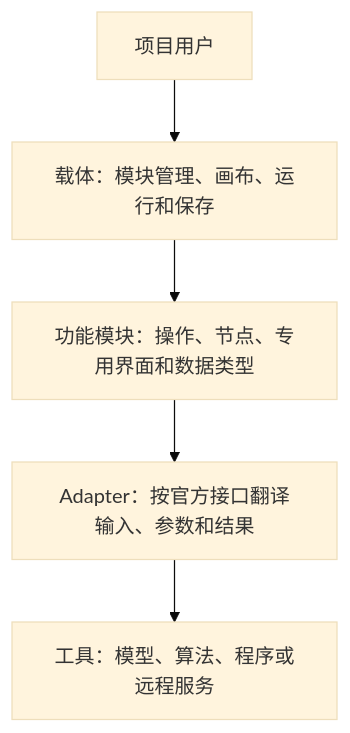
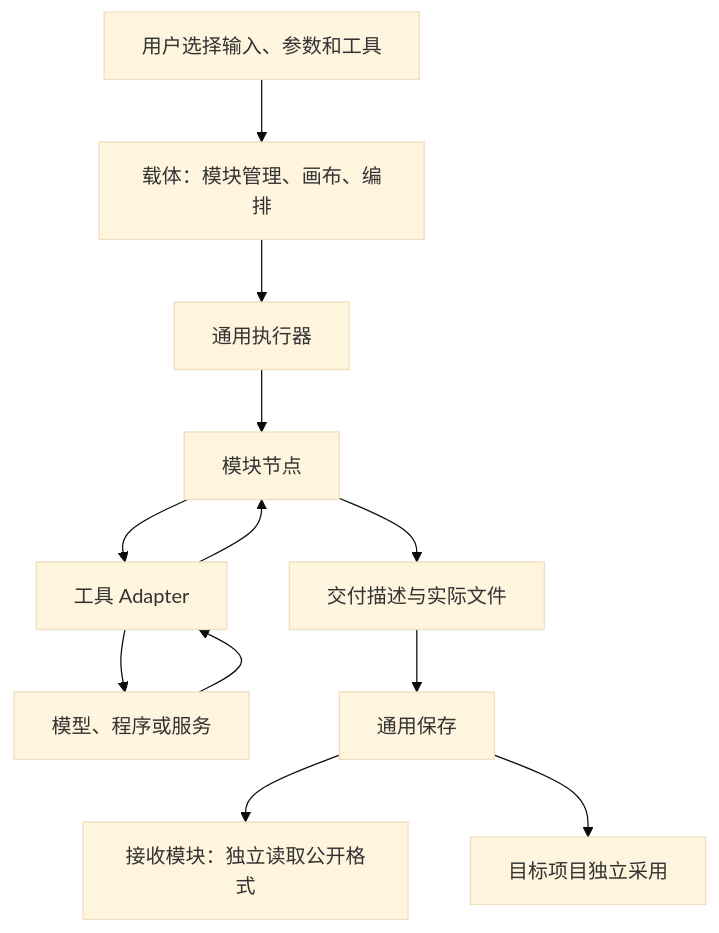
One commit to natsusorahoshinochan-max/modules-ESM changed the first of 3 diagrams in docs/architecture.md. Above: the diagram before and after it, drawn with Mermaid (base theme). The commit also changed other lines of this file and 44 other files, not shown here.

First line of the commit message:
docs(architecture): 建立重构需求与目标架构文档基线

````diff
--- a/docs/architecture.md
+++ b/docs/architecture.md
@@ -9,7 +11,14 @@
 ```mermaid
 flowchart TB
-  U[项目用户] --> C[载体：模块管理、画布、运行和保存]
-  C --> M[功能模块：操作、节点、专用界面和数据类型]
-  M --> A[Adapter：按官方接口翻译输入、参数和结果]
-  A --> T[工具：模型、算法、程序或远程服务]
+    U[用户选择输入、参数和工具] --> H[载体：模块管理、画布、编排]
+    H --> E[通用执行器]
+    E --> N[模块节点]
+    N --> A[工具 Adapter]
+    A --> T[模型、程序或服务]
+    T --> A
+    A --> N
+    N --> D[交付描述与实际文件]
+    D --> S[通用保存]
+    S --> C[接收模块：独立读取公开格式]
+    S --> P[目标项目独立采用]
 ```
````
